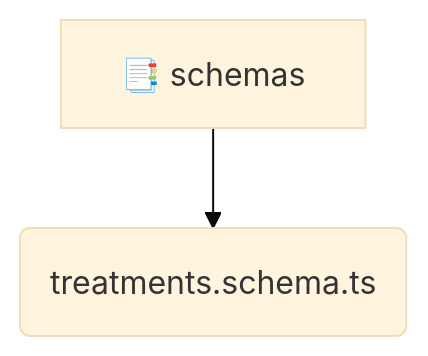
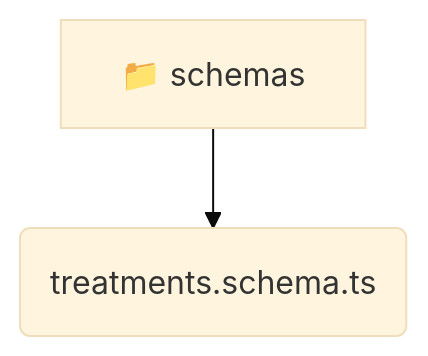
One commit to beginwebdev2002/fullstack-mavluda changed the diagram in backend/src/modules/treatments/infrastructure/schemas/README.md. Above: the diagram before and after it, drawn with Mermaid (base theme). The commit also changed other lines of this file and 155 other files, not shown here.

````diff
--- a/backend/src/modules/treatments/infrastructure/schemas/README.md
+++ b/backend/src/modules/treatments/infrastructure/schemas/README.md
@@ -9,5 +9,5 @@
 ```mermaid
 graph TD
-  schemas[📑 schemas]
-  schemas --> treatments_schema_ts(treatments.schema.ts)
+  schemas[📁 schemas]
+  schemas --> schemas_treatments_schema_ts(treatments.schema.ts)
 ```
````
